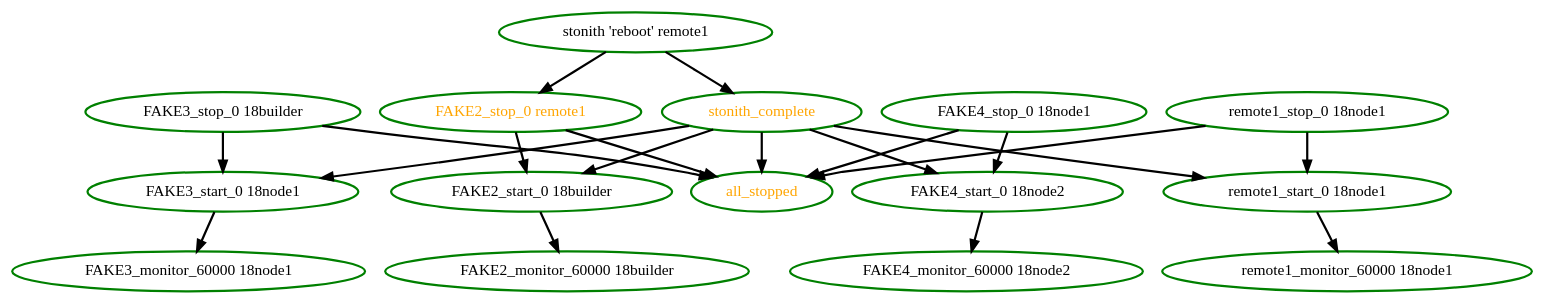
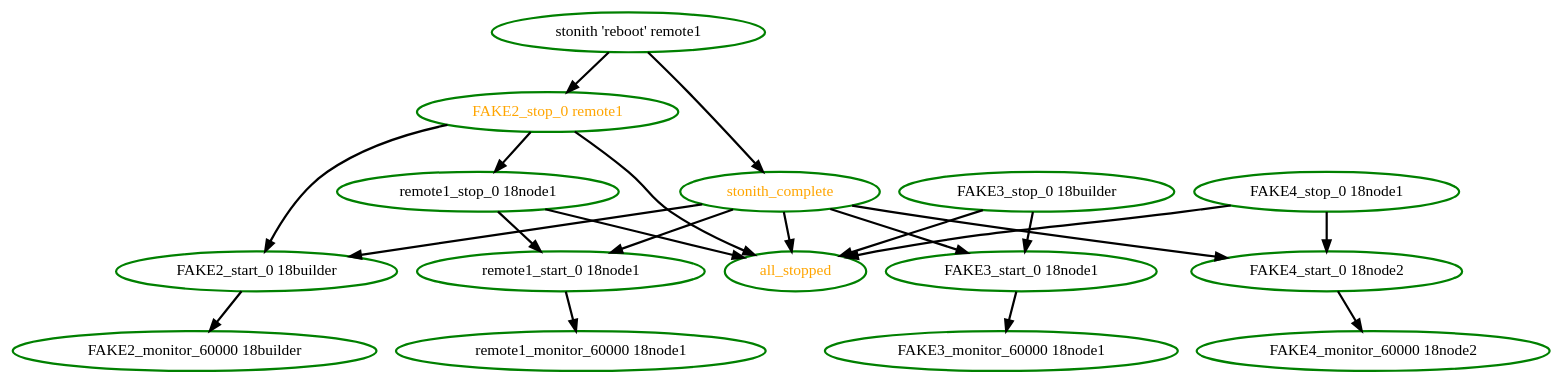
The diagram in pengine/test10/remote-fence-unclean.dot (ClusterLabs/pacemaker), drawn with Graphviz before and after one commit. The commit also changed 8 other files, not shown here.

```diff
--- a/pengine/test10/remote-fence-unclean.dot
+++ b/pengine/test10/remote-fence-unclean.dot
@@ -1,36 +1,37 @@
  digraph "g" {
 "FAKE2_monitor_60000 18builder" [ style=bold color="green" fontcolor="black"]
 "FAKE2_start_0 18builder" -> "FAKE2_monitor_60000 18builder" [ style = bold]
 "FAKE2_start_0 18builder" [ style=bold color="green" fontcolor="black"]
 "FAKE2_stop_0 remote1" -> "FAKE2_start_0 18builder" [ style = bold]
 "FAKE2_stop_0 remote1" -> "all_stopped" [ style = bold]
+"FAKE2_stop_0 remote1" -> "remote1_stop_0 18node1" [ style = bold]
 "FAKE2_stop_0 remote1" [ style=bold color="green" fontcolor="orange"]
 "FAKE3_monitor_60000 18node1" [ style=bold color="green" fontcolor="black"]
 "FAKE3_start_0 18node1" -> "FAKE3_monitor_60000 18node1" [ style = bold]
 "FAKE3_start_0 18node1" [ style=bold color="green" fontcolor="black"]
 "FAKE3_stop_0 18builder" -> "FAKE3_start_0 18node1" [ style = bold]
 "FAKE3_stop_0 18builder" -> "all_stopped" [ style = bold]
 "FAKE3_stop_0 18builder" [ style=bold color="green" fontcolor="black"]
 "FAKE4_monitor_60000 18node2" [ style=bold color="green" fontcolor="black"]
 "FAKE4_start_0 18node2" -> "FAKE4_monitor_60000 18node2" [ style = bold]
 "FAKE4_start_0 18node2" [ style=bold color="green" fontcolor="black"]
 "FAKE4_stop_0 18node1" -> "FAKE4_start_0 18node2" [ style = bold]
 "FAKE4_stop_0 18node1" -> "all_stopped" [ style = bold]
 "FAKE4_stop_0 18node1" [ style=bold color="green" fontcolor="black"]
 "all_stopped" [ style=bold color="green" fontcolor="orange"]
 "remote1_monitor_60000 18node1" [ style=bold color="green" fontcolor="black"]
 "remote1_start_0 18node1" -> "remote1_monitor_60000 18node1" [ style = bold]
 "remote1_start_0 18node1" [ style=bold color="green" fontcolor="black"]
 "remote1_stop_0 18node1" -> "all_stopped" [ style = bold]
 "remote1_stop_0 18node1" -> "remote1_start_0 18node1" [ style = bold]
 "remote1_stop_0 18node1" [ style=bold color="green" fontcolor="black"]
 "stonith 'reboot' remote1" -> "FAKE2_stop_0 remote1" [ style = bold]
 "stonith 'reboot' remote1" -> "stonith_complete" [ style = bold]
 "stonith 'reboot' remote1" [ style=bold color="green" fontcolor="black"]
 "stonith_complete" -> "FAKE2_start_0 18builder" [ style = bold]
 "stonith_complete" -> "FAKE3_start_0 18node1" [ style = bold]
 "stonith_complete" -> "FAKE4_start_0 18node2" [ style = bold]
 "stonith_complete" -> "all_stopped" [ style = bold]
 "stonith_complete" -> "remote1_start_0 18node1" [ style = bold]
 "stonith_complete" [ style=bold color="green" fontcolor="orange"]
 }
```
